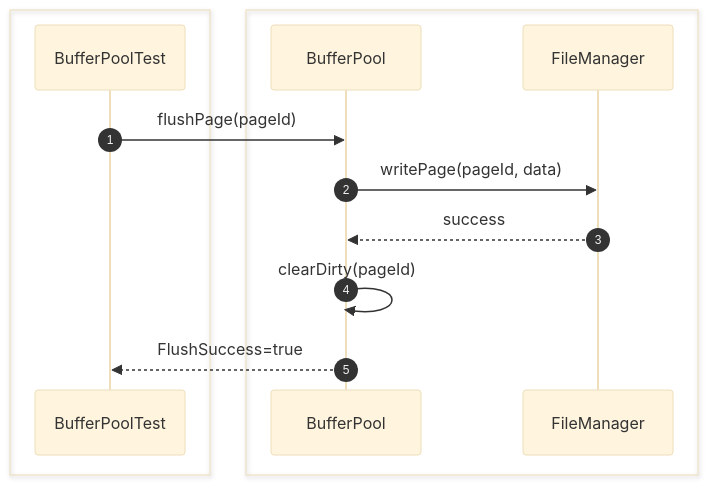
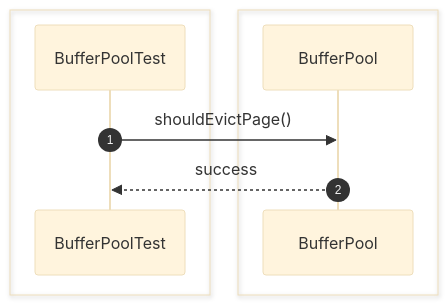
One commit to Huy1801214/dbms-architecture changed the fifth of 44 diagrams in src/sequence/storage-engine.md. Above: the diagram before and after it, drawn with Mermaid (base theme). The commit also changed other lines of this file and 68 other files, not shown here.

Commit message:
implement comprehensive unit test suite and architectural sequence documentation

````diff
--- a/src/sequence/storage-engine.md
+++ b/src/sequence/storage-engine.md
@@ -76,18 +66,13 @@
 ```mermaid
 sequenceDiagram
     autonumber
-
     box #e1f5fe Test Suite
     participant Test as BufferPoolTest
     end
-    box #e0f2f1 Storage Components
-    participant Buffer as BufferPool
-    participant FileManager as FileManager
+    box #e0f2f1 BufferPool Component
+    participant BP as BufferPool
     end
 
-    Test->>Buffer: flushPage(pageId)
-    Buffer->>FileManager: writePage(pageId, data)
-    FileManager-->>Buffer: success
-    Buffer->>Buffer: clearDirty(pageId)
-    Buffer-->>Test: FlushSuccess=true
+    Test->>BP: shouldEvictPage()
+    BP-->>Test: success
 ```
````
